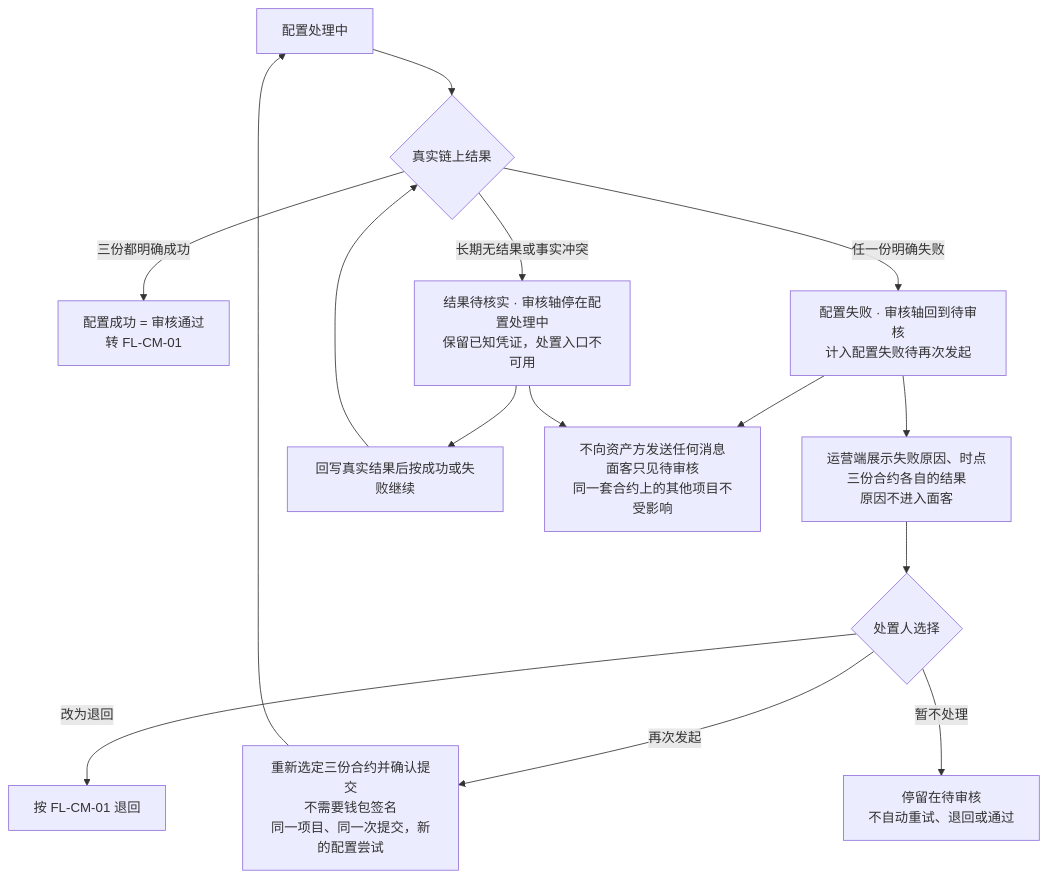
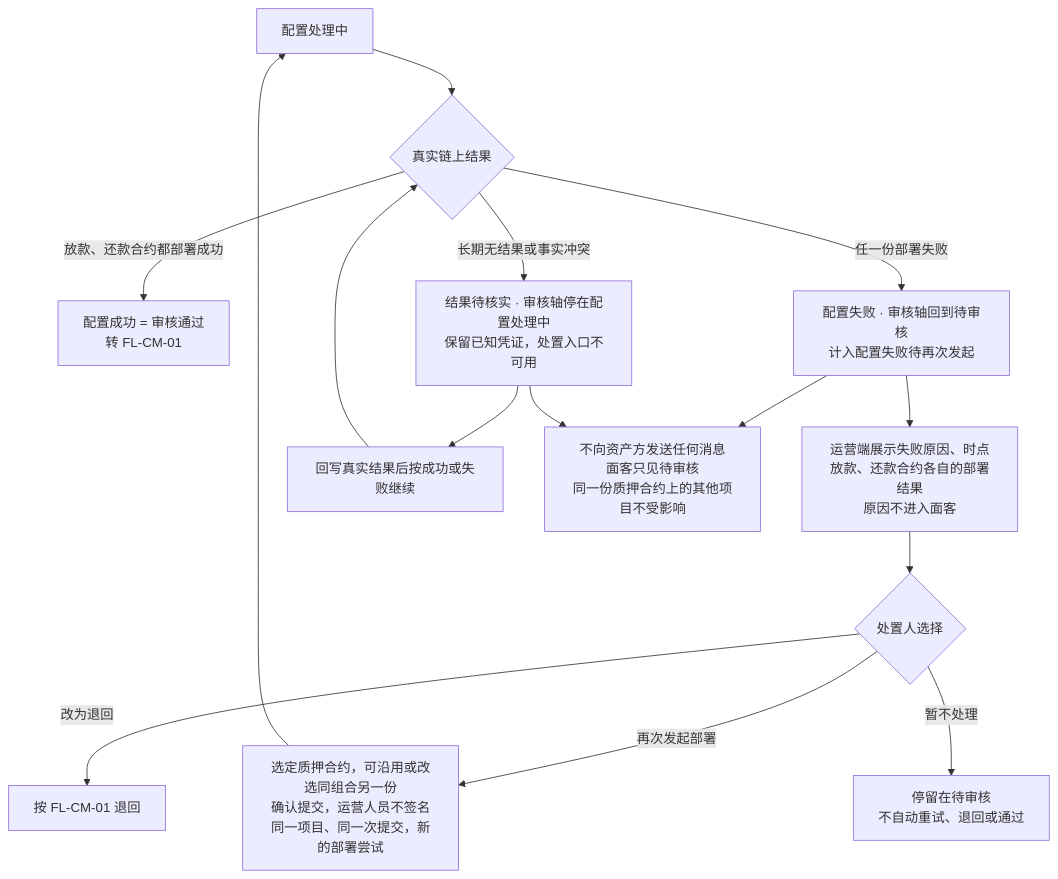
One commit to wxblockchain/Chain-Financing changed the second of 5 diagrams in lending-platform/PRD/运营端/04-运营端项目合约管理/02-运营端项目合约管理-流程图与状态机.md. Above: the diagram before and after it, drawn with Mermaid. The commit also changed other lines of this file and 3 other files, not shown here.

````diff
--- a/lending-platform/PRD/运营端/04-运营端项目合约管理/02-运营端项目合约管理-流程图与状态机.md
+++ b/lending-platform/PRD/运营端/04-运营端项目合约管理/02-运营端项目合约管理-流程图与状态机.md
@@ -56,17 +56,17 @@
 ```mermaid
 flowchart TD
   A["配置处理中"] --> B{"真实链上结果"}
-  B -- "三份都明确成功" --> E["配置成功 = 审核通过<br/>转 FL-CM-01"]
-  B -- "任一份明确失败" --> C["配置失败 · 审核轴回到待审核<br/>计入配置失败待再次发起"]
+  B -- "放款、还款合约都部署成功" --> E["配置成功 = 审核通过<br/>转 FL-CM-01"]
+  B -- "任一份部署失败" --> C["配置失败 · 审核轴回到待审核<br/>计入配置失败待再次发起"]
   B -- "长期无结果或事实冲突" --> D["结果待核实 · 审核轴停在配置处理中<br/>保留已知凭证，处置入口不可用"]
-  C --> C1["运营端展示失败原因、时点<br/>三份合约各自的结果<br/>原因不进入面客"]
+  C --> C1["运营端展示失败原因、时点<br/>放款、还款合约各自的部署结果<br/>原因不进入面客"]
   C1 --> C2{"处置人选择"}
-  C2 -- "再次发起" --> C3["重新选定三份合约并确认提交<br/>不需要钱包签名<br/>同一项目、同一次提交，新的配置尝试"]
+  C2 -- "再次发起部署" --> C3["选定质押合约，可沿用或改选同组合另一份<br/>确认提交，运营人员不签名<br/>同一项目、同一次提交，新的部署尝试"]
   C3 --> A
   C2 -- "改为退回" --> R["按 FL-CM-01 退回"]
   C2 -- "暂不处理" --> C4["停留在待审核<br/>不自动重试、退回或通过"]
   D --> D2["回写真实结果后按成功或失败继续"]
   D2 --> B
-  C --> X["不向资产方发送任何消息<br/>面客只见待审核<br/>同一套合约上的其他项目不受影响"]
+  C --> X["不向资产方发送任何消息<br/>面客只见待审核<br/>同一份质押合约上的其他项目不受影响"]
   D --> X
 ```
````
